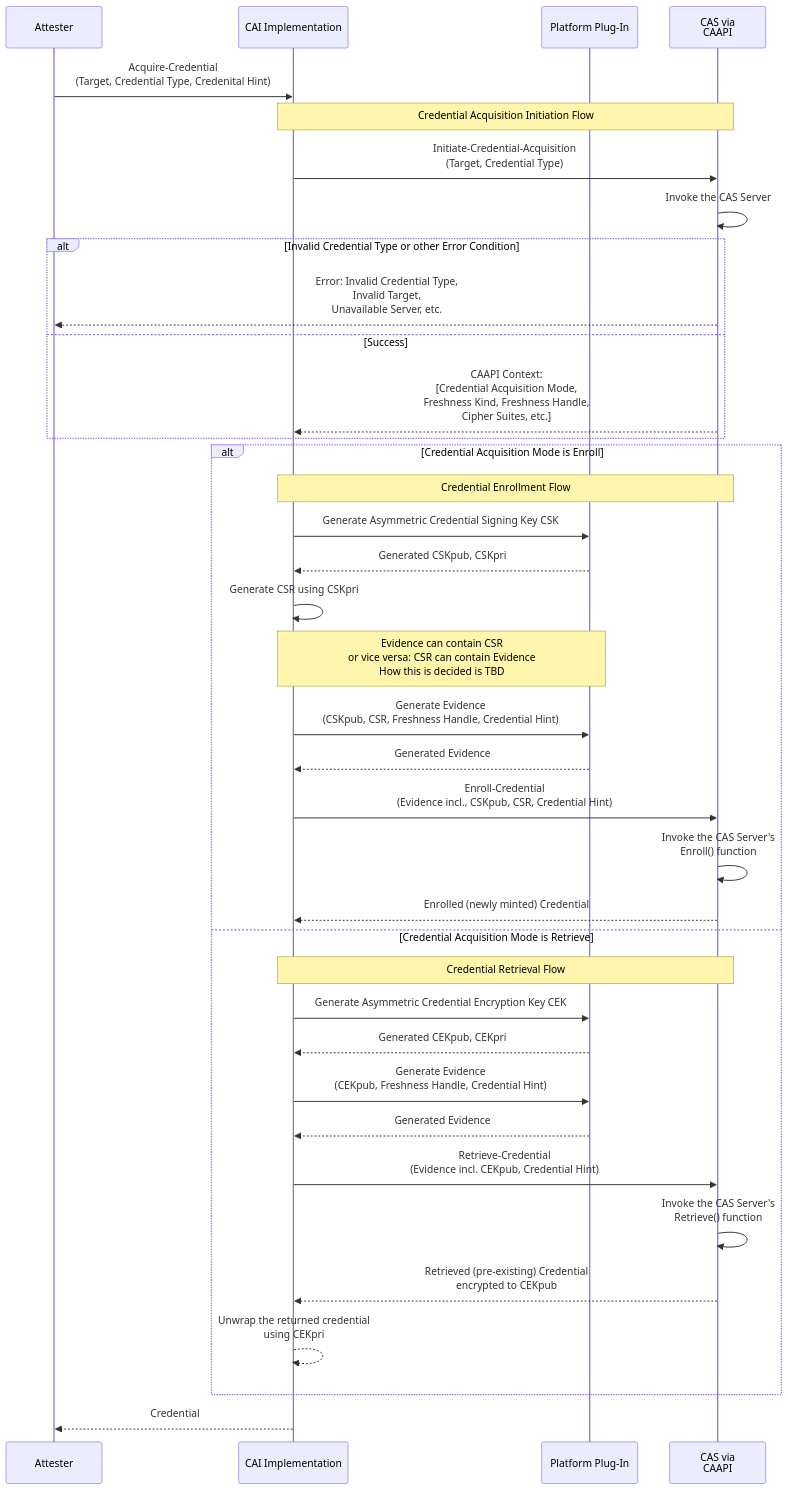
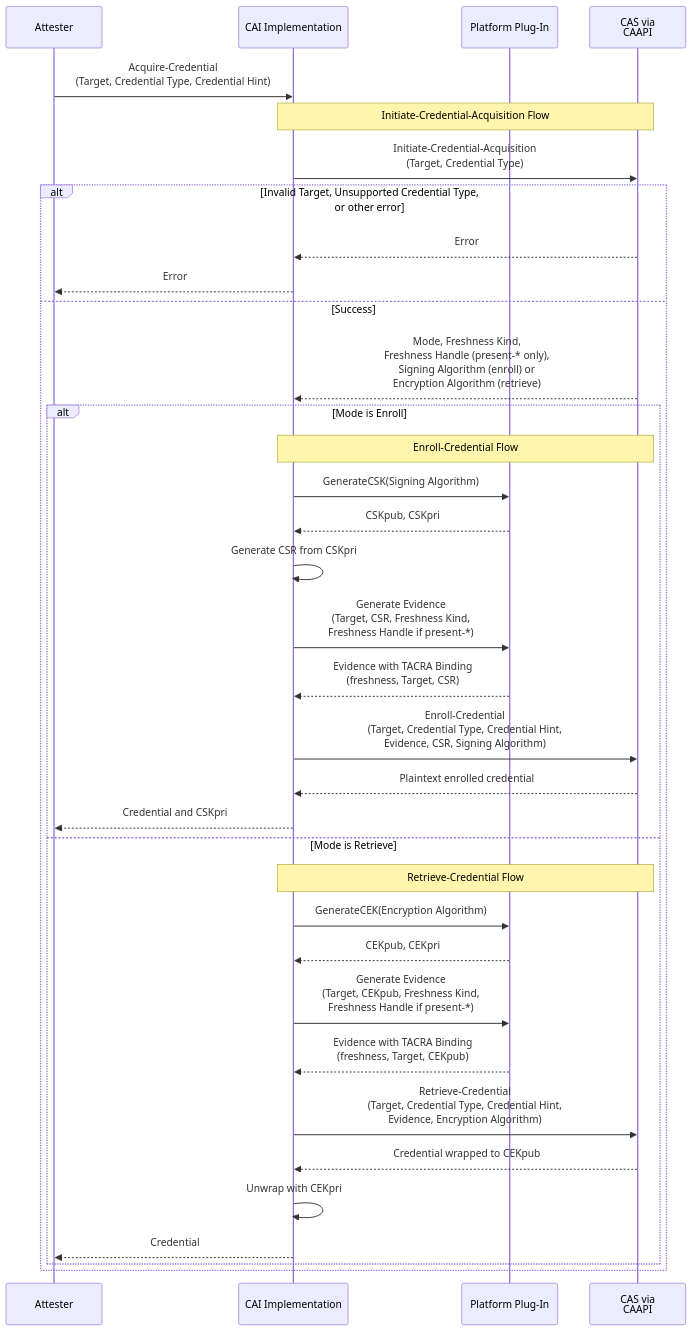
The diagram in proto/acquire.mmd (TWI-Unified-Model/tacra), drawn with Mermaid before and after one commit. The commit also changed other lines of this file and 3 other files, not shown here.

```diff
--- a/proto/acquire.mmd
+++ b/proto/acquire.mmd
@@ -1,39 +1,39 @@
-%% Acquire-Credential API
+%% Acquire-Credential (CAI)
+%% The Attester's single CAI call. CAI drives CAAPI and the Platform Plug-In.
+%% Enrollment vs Retrieval is chosen by the CAS and is opaque to the Attester.
 sequenceDiagram
     participant A as Attester
     participant CAI as CAI Implementation
     participant PL as Platform Plug-In
     participant CAS as CAS via<br/>CAAPI
 
-    A->>CAI: Acquire-Credential<br/>(Target, Credential Type, Credenital Hint)
-    note over CAI, CAS: Credential Acquisition Initiation Flow
+    A->>CAI: Acquire-Credential<br/>(Target, Credential Type, Credential Hint)
+    note over CAI, CAS: Initiate-Credential-Acquisition Flow
     CAI->>CAS: Initiate-Credential-Acquisition<br/>(Target, Credential Type)
-    CAS->>CAS: Invoke the CAS Server
-    alt Invalid Credential Type or other Error Condition
-        CAS-->>A: Error: Invalid Credential Type,<br/>Invalid Target,<br/>Unavailable Server, etc.
+    alt Invalid Target, Unsupported Credential Type,<br/>or other error
+        CAS-->>CAI: Error
+        CAI-->>A: Error
     else Success
-        CAS-->>CAI: CAAPI Context:<br/>[Credential Acquisition Mode,<br/>Freshness Kind, Freshness Handle,<br/>Cipher Suites, etc.]
+        CAS-->>CAI: Mode, Freshness Kind,<br/>Freshness Handle (present-* only),<br/>Signing Algorithm (enroll) or<br/>Encryption Algorithm (retrieve)
+        alt Mode is Enroll
+            note over CAI, CAS: Enroll-Credential Flow
+            CAI->>PL: GenerateCSK(Signing Algorithm)
+            PL-->>CAI: CSKpub, CSKpri
+            CAI->>CAI: Generate CSR from CSKpri
+            CAI->>PL: Generate Evidence<br/>(Target, CSR, Freshness Kind,<br/>Freshness Handle if present-*)
+            PL-->>CAI: Evidence with TACRA Binding<br/>(freshness, Target, CSR)
+            CAI->>CAS: Enroll-Credential<br/>(Target, Credential Type, Credential Hint,<br/>Evidence, CSR, Signing Algorithm)
+            CAS-->>CAI: Plaintext enrolled credential
+            CAI-->>A: Credential and CSKpri
+        else Mode is Retrieve
+            note over CAI, CAS: Retrieve-Credential Flow
+            CAI->>PL: GenerateCEK(Encryption Algorithm)
+            PL-->>CAI: CEKpub, CEKpri
+            CAI->>PL: Generate Evidence<br/>(Target, CEKpub, Freshness Kind,<br/>Freshness Handle if present-*)
+            PL-->>CAI: Evidence with TACRA Binding<br/>(freshness, Target, CEKpub)
+            CAI->>CAS: Retrieve-Credential<br/>(Target, Credential Type, Credential Hint,<br/>Evidence, Encryption Algorithm)
+            CAS-->>CAI: Credential wrapped to CEKpub
+            CAI->>CAI: Unwrap with CEKpri
+            CAI-->>A: Credential
+        end
     end
-    alt Credential Acquisition Mode is Enroll
-        note over CAI, CAS: Credential Enrollment Flow
-        CAI->>PL: Generate Asymmetric Credential Signing Key CSK
-        PL-->>CAI: Generated CSKpub, CSKpri
-        CAI->>CAI: Generate CSR using CSKpri
-        note over CAI, PL: Evidence can contain CSR<br/>or vice versa: CSR can contain Evidence<br/>How this is decided is TBD
-        CAI->>PL: Generate Evidence<br/>(CSKpub, CSR, Freshness Handle, Credential Hint)
-        PL-->>CAI: Generated Evidence
-        CAI->>CAS: Enroll-Credential<br/>(Evidence incl., CSKpub, CSR, Credential Hint)
-        CAS->>CAS: Invoke the CAS Server's<br/>Enroll() function
-        CAS-->>CAI: Enrolled (newly minted) Credential
-    else Credential Acquisition Mode is Retrieve
-        note over CAI, CAS: Credential Retrieval Flow
-        CAI->>PL: Generate Asymmetric Credential Encryption Key CEK
-        PL-->>CAI: Generated CEKpub, CEKpri
-        CAI->>PL: Generate Evidence<br/>(CEKpub, Freshness Handle, Credential Hint)
-        PL-->>CAI: Generated Evidence
-        CAI->>CAS: Retrieve-Credential<br/>(Evidence incl. CEKpub, Credential Hint)
-        CAS->>CAS: Invoke the CAS Server's<br/>Retrieve() function
-        CAS-->>CAI: Retrieved (pre-existing) Credential<br/>encrypted to CEKpub
-        CAI-->>CAI: Unwrap the returned credential<br/>using CEKpri
-    end
-    CAI-->>A: Credential
```
